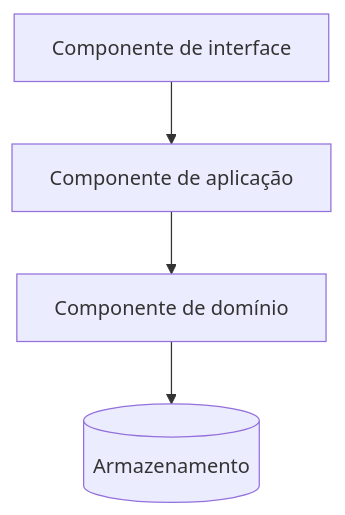
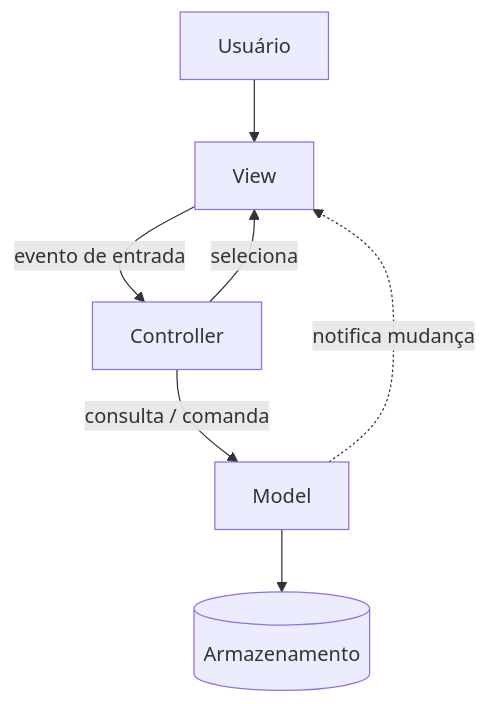
One commit to DavidSoares18/guia-arquitetura-de-software-MVC changed the diagram in content/03-mvc/index.qmd. Above: the diagram before and after it, drawn with Mermaid. The commit also changed other lines of this file and 1 other file, not shown here.

Commit message:
feat: adiciona secao do Controller e diagrama

````diff
--- a/content/03-mvc/index.qmd
+++ b/content/03-mvc/index.qmd
@@ -74,8 +92,11 @@
 ```{mermaid}
 %%| label: fig-estrutura
-%%| fig-cap: "Componentes do estilo e a direção das dependências permitidas."
+%%| fig-cap: "Componentes do MVC e a direção das dependências permitidas."
 flowchart TD
-    A[Componente de interface] --> B[Componente de aplicação]
-    B --> C[Componente de domínio]
-    C --> D[(Armazenamento)]
+    U[Usuário] --> V[View]
+    V -->|evento de entrada| C[Controller]
+    C -->|consulta / comanda| M[Model]
+    M -.->|notifica mudança| V
+    C -->|seleciona| V
+    M --> D[(Armazenamento)]
 ```
````
